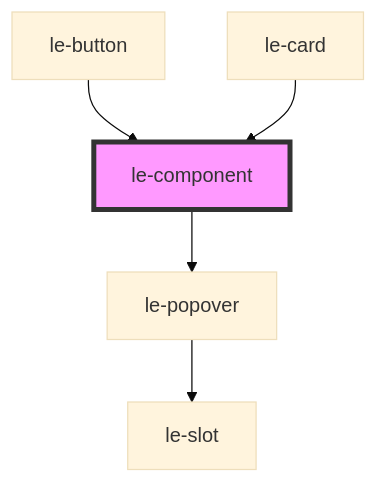
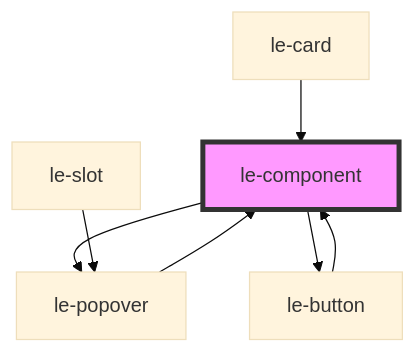
Before and after one commit to leechy/le-kit: the diagram in src/components/le-component/readme.md, drawn with Mermaid (base theme). The commit also changed other lines of this file and 9 other files, not shown here.

First line of the commit message:
feat(le-slot): add component picker for slot dropzones

````diff
--- a/src/components/le-component/readme.md
+++ b/src/components/le-component/readme.md
@@ -60,8 +62,10 @@
 ```mermaid
 graph TD;
   le-component --> le-popover
-  le-popover --> le-slot
+  le-component --> le-button
+  le-popover --> le-component
+  le-slot --> le-popover
   le-button --> le-component
   le-card --> le-component
   style le-component fill:#f9f,stroke:#333,stroke-width:4px
 ```
````
